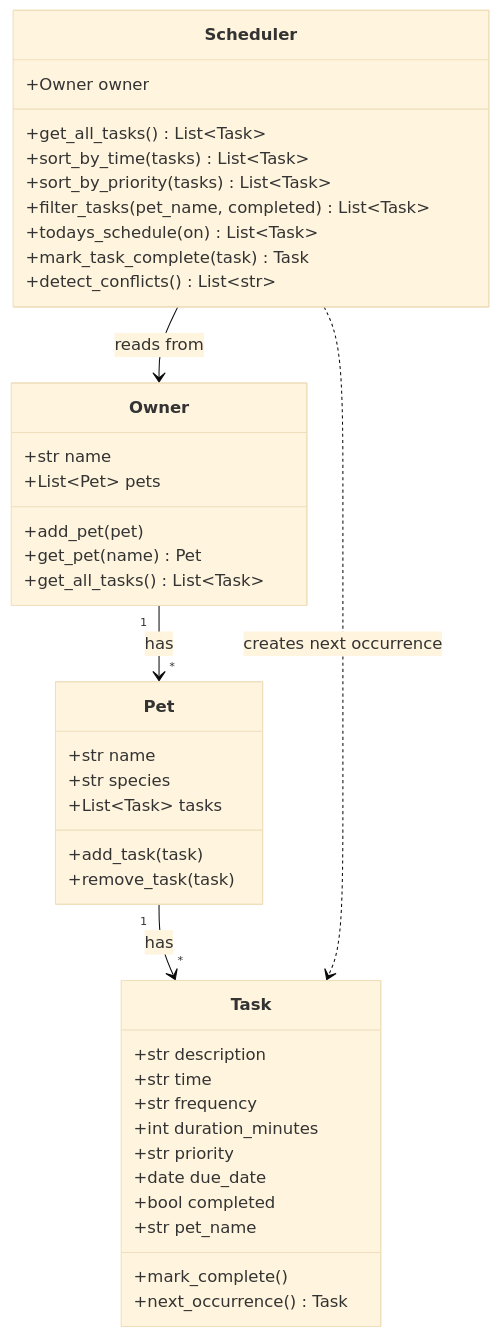
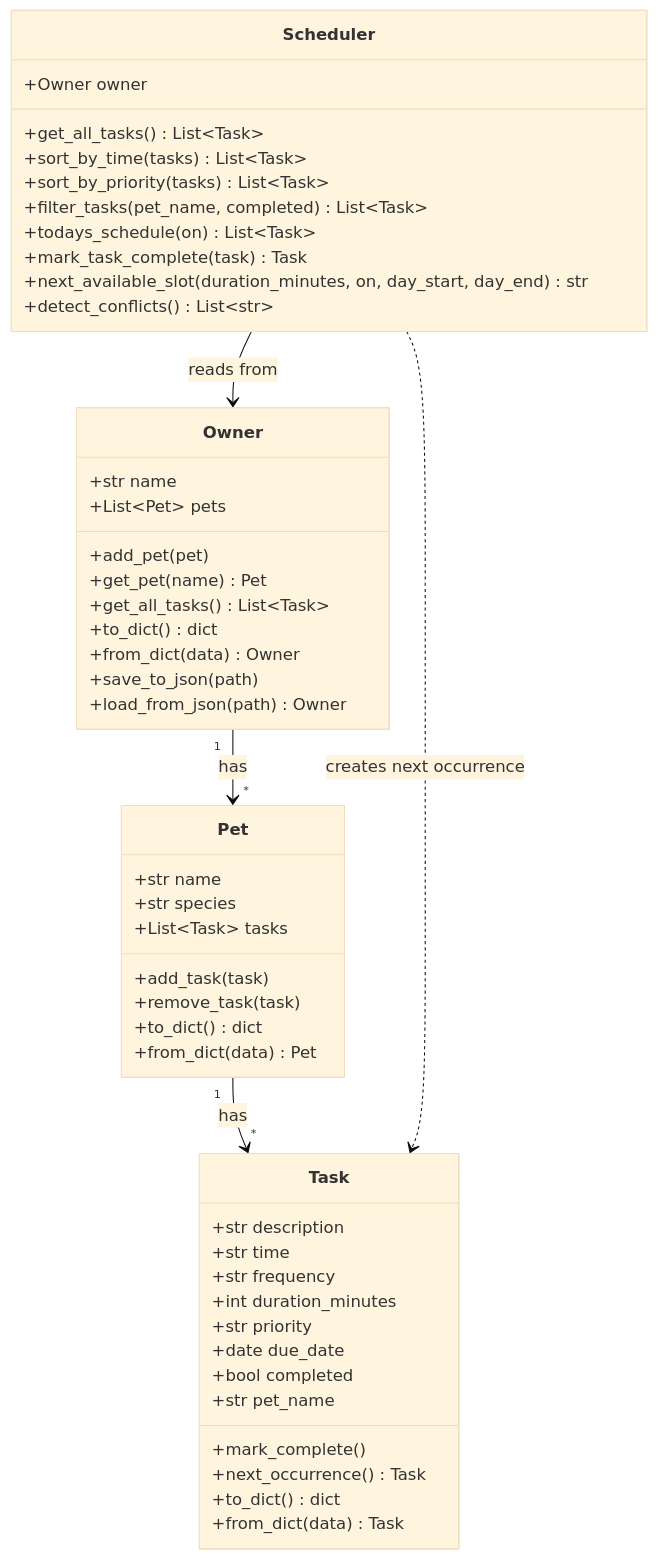
Before and after one commit to brichards2014/ai110-module2show-pawpal-starter: the diagram in diagrams/uml_final.mmd, drawn with Mermaid (base theme). The commit also changed 8 other files, not shown here.

First line of the commit message:
feat: restore scheduler logic, add free-slot finder and JSON persistence

```diff
--- a/diagrams/uml_final.mmd
+++ b/diagrams/uml_final.mmd
@@ -1,41 +1,50 @@
 classDiagram
     class Owner {
         +str name
         +List~Pet~ pets
         +add_pet(pet)
         +get_pet(name) Pet
         +get_all_tasks() List~Task~
+        +to_dict() dict
+        +from_dict(data) Owner
+        +save_to_json(path)
+        +load_from_json(path) Owner
     }
     class Pet {
         +str name
         +str species
         +List~Task~ tasks
         +add_task(task)
         +remove_task(task)
+        +to_dict() dict
+        +from_dict(data) Pet
     }
     class Task {
         +str description
         +str time
         +str frequency
         +int duration_minutes
         +str priority
         +date due_date
         +bool completed
         +str pet_name
         +mark_complete()
         +next_occurrence() Task
+        +to_dict() dict
+        +from_dict(data) Task
     }
     class Scheduler {
         +Owner owner
         +get_all_tasks() List~Task~
         +sort_by_time(tasks) List~Task~
         +sort_by_priority(tasks) List~Task~
         +filter_tasks(pet_name, completed) List~Task~
         +todays_schedule(on) List~Task~
         +mark_task_complete(task) Task
+        +next_available_slot(duration_minutes, on, day_start, day_end) str
         +detect_conflicts() List~str~
     }
     Owner "1" --> "*" Pet : has
     Pet "1" --> "*" Task : has
     Scheduler --> Owner : reads from
     Scheduler ..> Task : creates next occurrence
```
